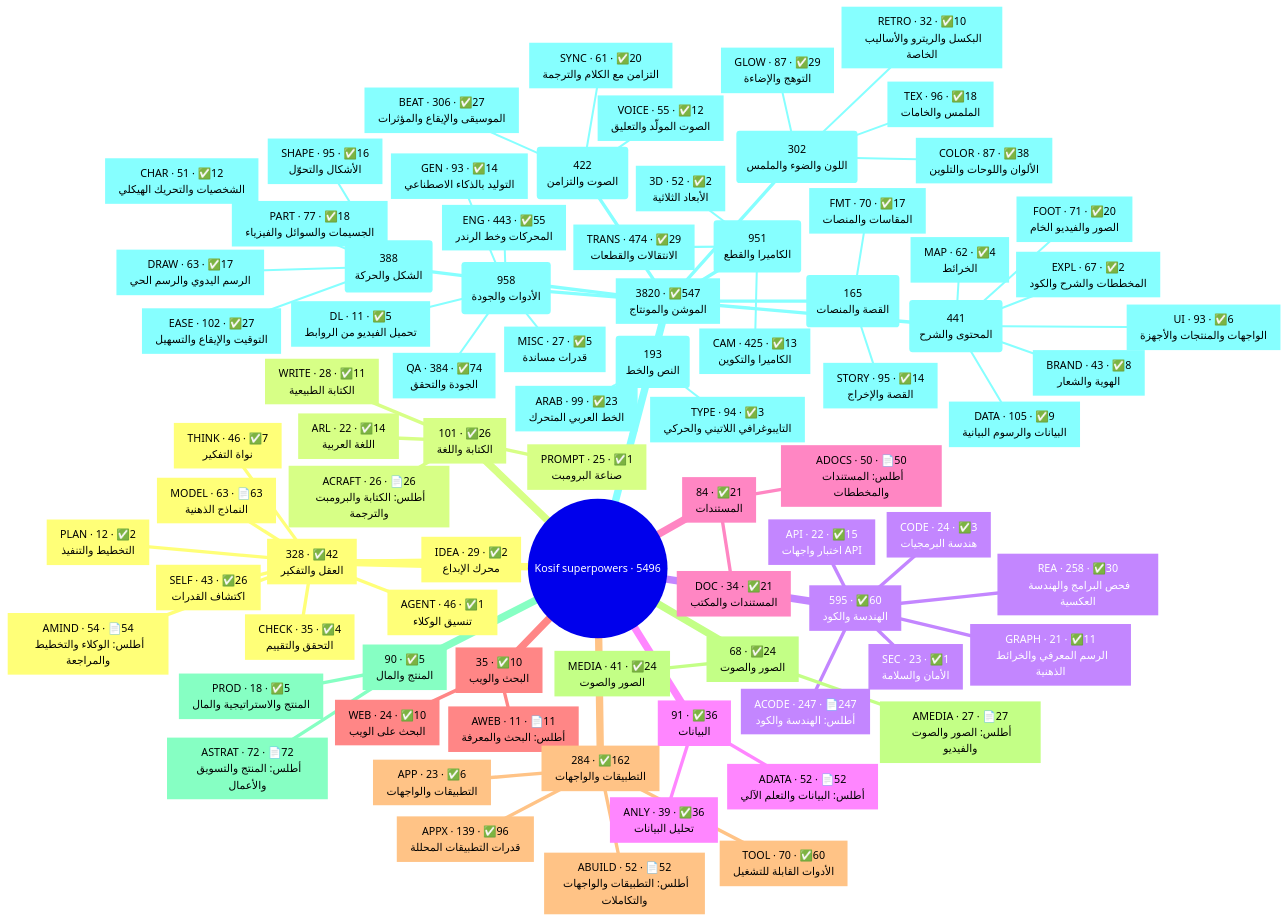
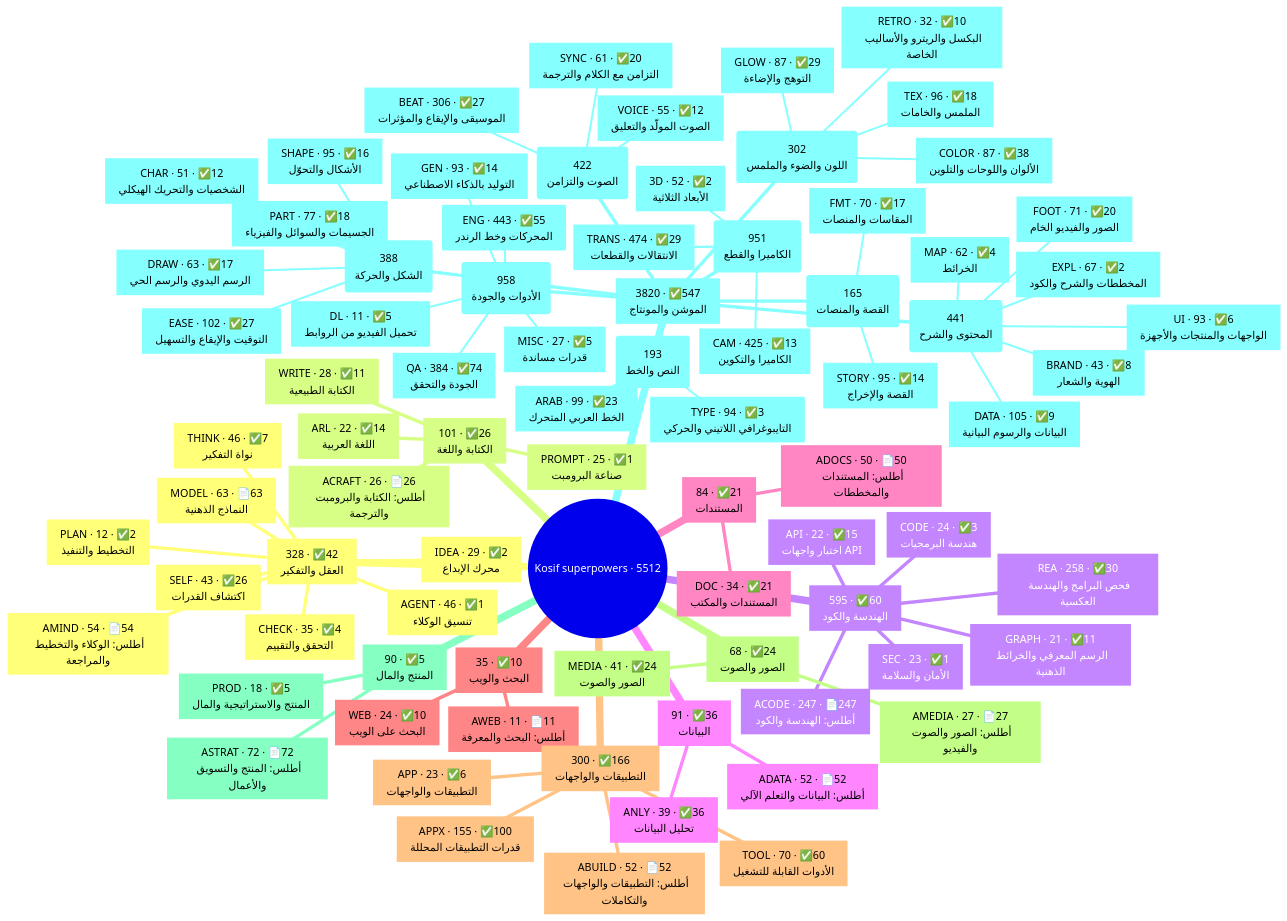
One commit to kosif199022-jpg/kosif-tool changed the first of 2 diagrams in .claude/skills/kosif-superpowers/references/capability-map.md. Above: the diagram before and after it, drawn with Mermaid. The commit also changed other lines of this file and 53 other files, not shown here.

````diff
--- a/.claude/skills/kosif-superpowers/references/capability-map.md
+++ b/.claude/skills/kosif-superpowers/references/capability-map.md
@@ -18,6 +18,6 @@
 ```mermaid
 mindmap
-  root((Kosif superpowers · 5496))
+  root((Kosif superpowers · 5512))
     n1["`328 · ✅42
 العقل والتفكير`"]
       n2["`MODEL · 63 · 📄63
@@ -78,9 +78,9 @@
 البحث على الويب`"]
       n30["`AWEB · 11 · 📄11
 أطلس: البحث والمعرفة`"]
-    n31["`284 · ✅162
+    n31["`300 · ✅166
 التطبيقات والواجهات`"]
-      n32["`APPX · 139 · ✅96
+      n32["`APPX · 155 · ✅100
 قدرات التطبيقات المحللة`"]
       n33["`TOOL · 70 · ✅60
 الأدوات القابلة للتشغيل`"]
````
